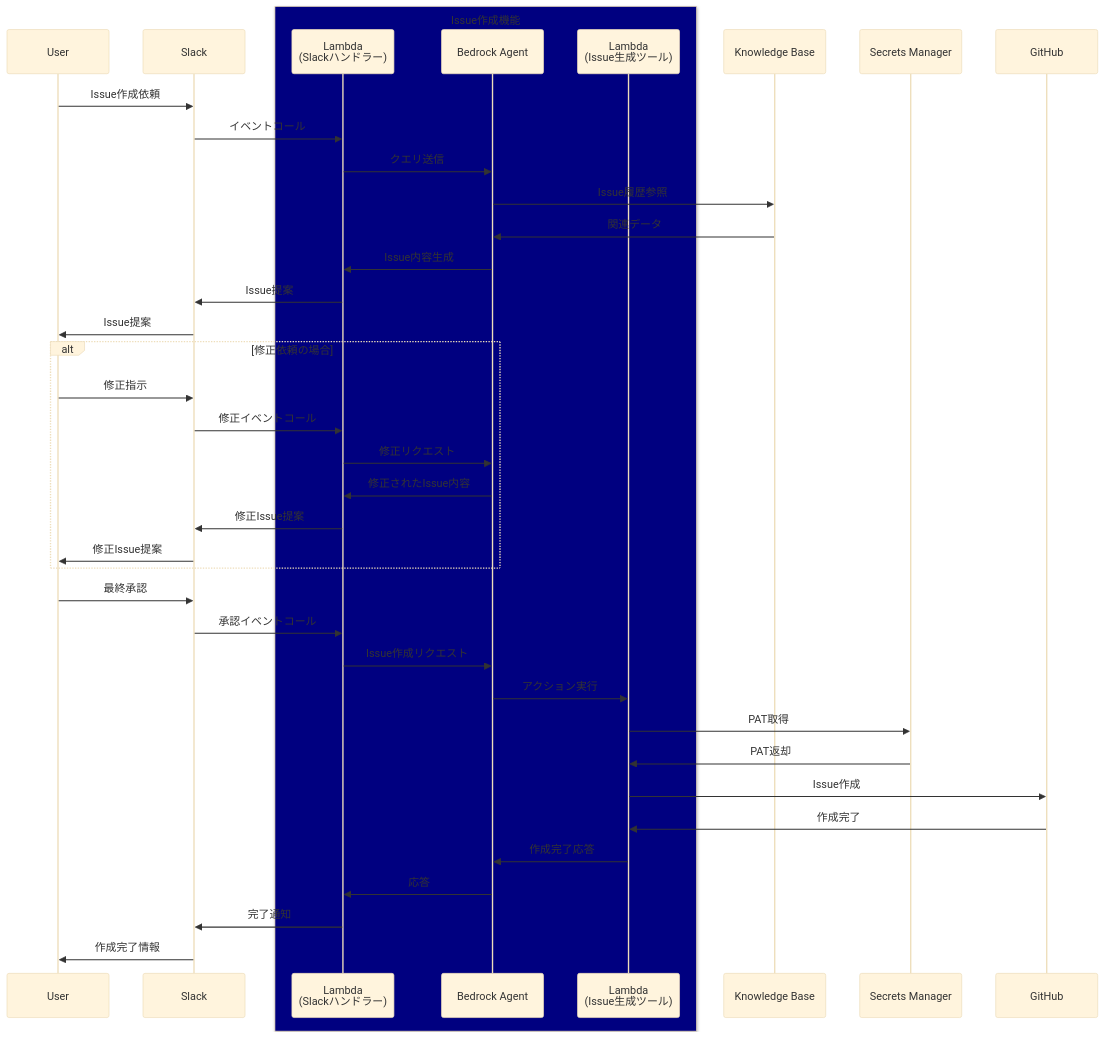
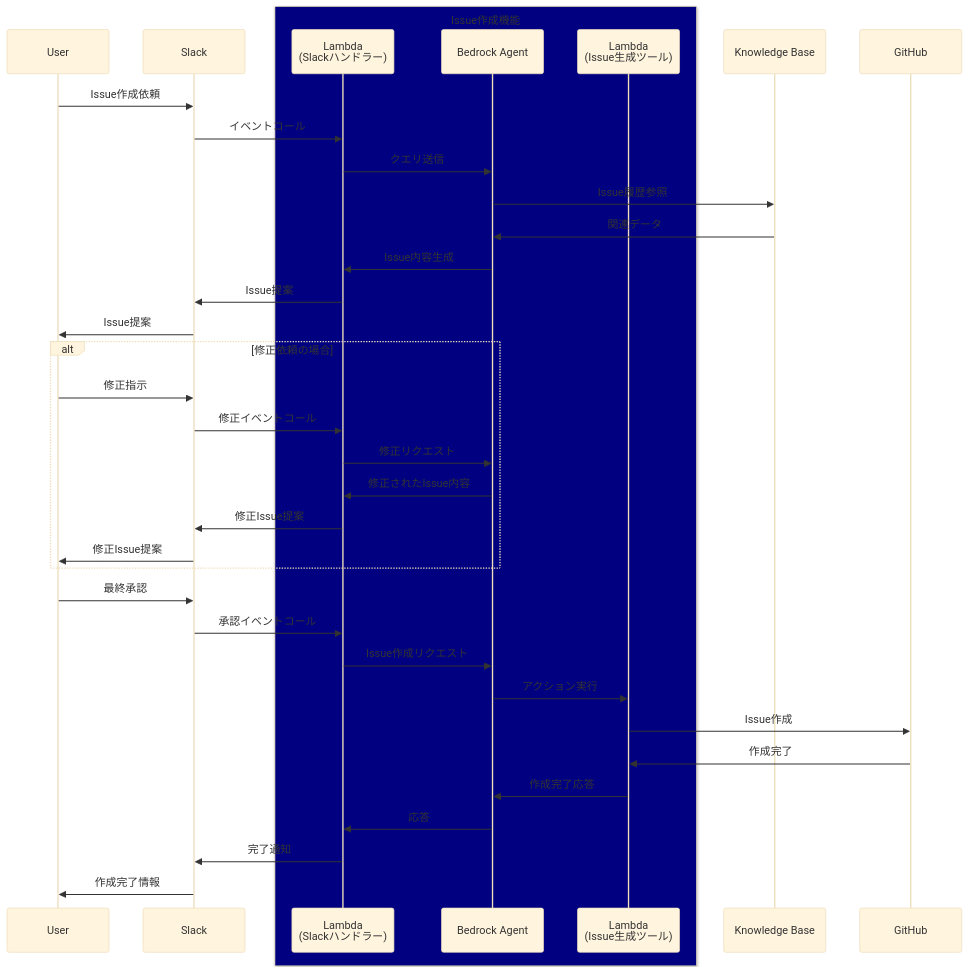
The third of 7 diagrams in DESIGN.md (nangashi/ai-test), drawn with Mermaid (base theme) before and after one commit. The commit also changed other lines of this file, not shown here.

````diff
--- a/DESIGN.md
+++ b/DESIGN.md
@@ -83,46 +91,43 @@
 ```mermaid
 sequenceDiagram
     participant U as User
     participant S as Slack
 
     box navy Issue作成機能
         participant SH as Lambda<br/>(Slackハンドラー)
         participant BA as Bedrock Agent
         participant IG as Lambda<br/>(Issue生成ツール)
     end
 
     participant KB as Knowledge Base
-    participant SM as Secrets Manager
     participant GH as GitHub
 
     U->>S: Issue作成依頼
     S->>SH: イベントコール
     SH->>BA: クエリ送信
     BA->>KB: Issue履歴参照
     KB->>BA: 関連データ
     BA->>SH: Issue内容生成
     SH->>S: Issue提案
     S->>U: Issue提案
 
     alt 修正依頼の場合
         U->>S: 修正指示
         S->>SH: 修正イベントコール
         SH->>BA: 修正リクエスト
         BA->>SH: 修正されたIssue内容
         SH->>S: 修正Issue提案
         S->>U: 修正Issue提案
     end
 
     U->>S: 最終承認
     S->>SH: 承認イベントコール
     SH->>BA: Issue作成リクエスト
     BA->>IG: アクション実行
-    IG->>SM: PAT取得
-    SM->>IG: PAT返却
     IG->>GH: Issue作成
     GH->>IG: 作成完了
     IG->>BA: 作成完了応答
     BA->>SH: 応答
     SH->>S: 完了通知
     S->>U: 作成完了情報
 ```
````
